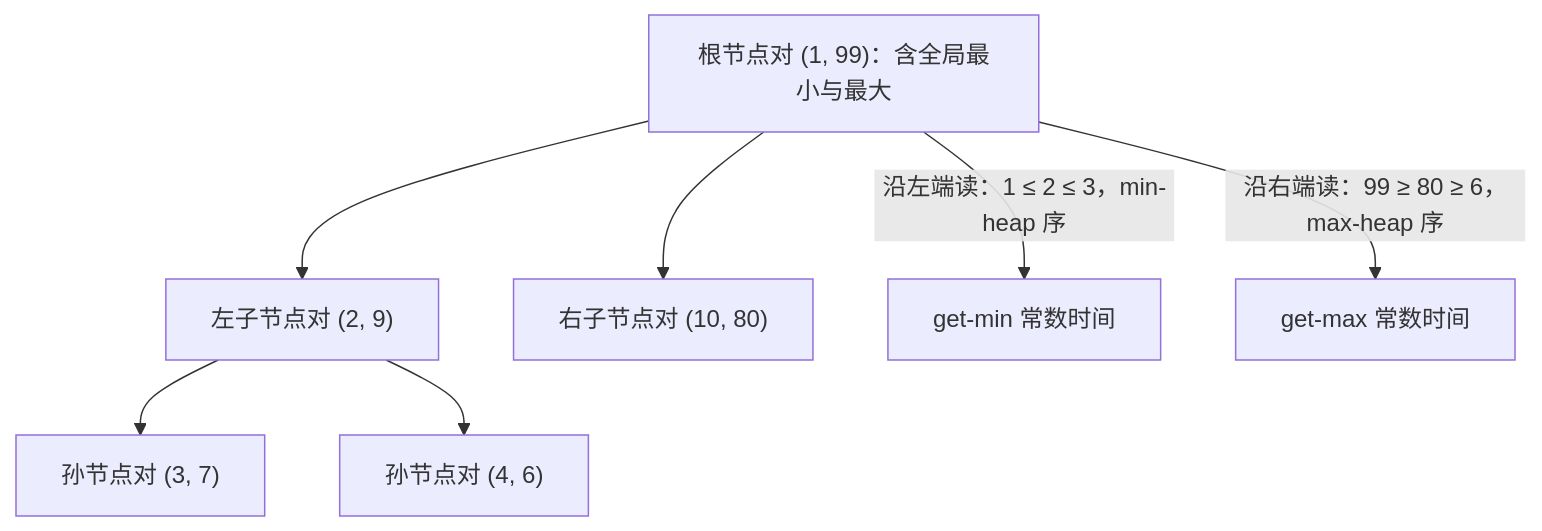
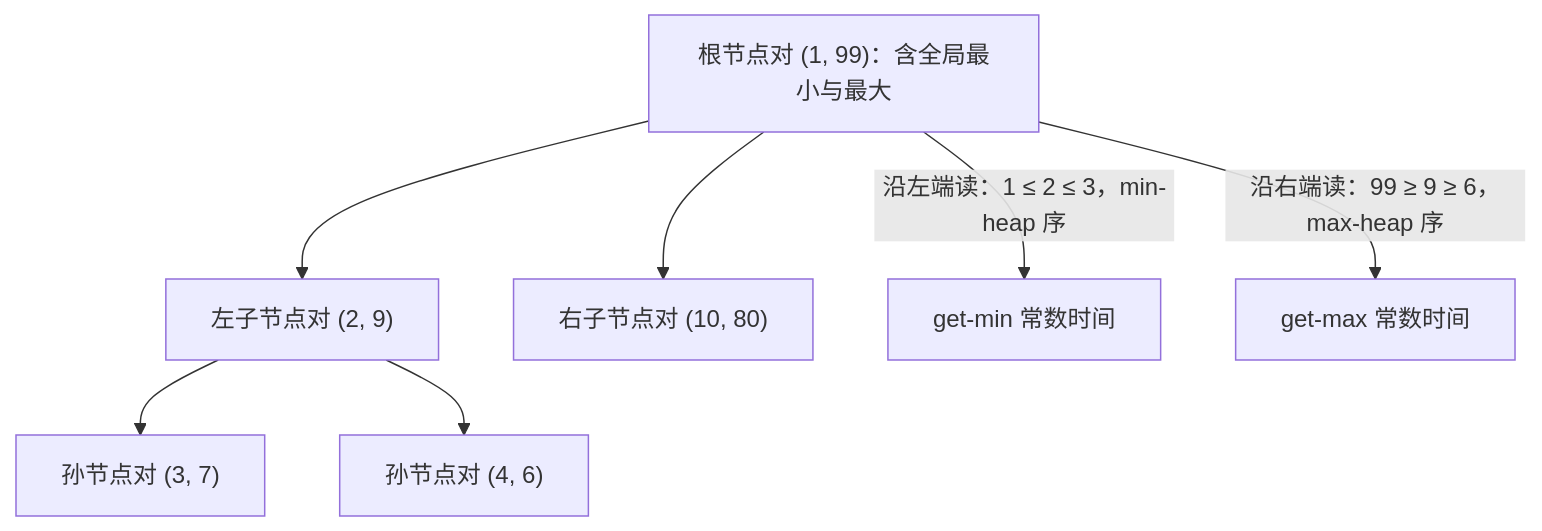
One commit to xhongduo-tech/xhongduo-tech.github.io changed the second of 2 diagrams in docs/cs/double-ended-pq.md. Above: the diagram before and after it, drawn with Mermaid. The commit also changed 4 other files, not shown here.

````diff
--- a/docs/cs/double-ended-pq.md
+++ b/docs/cs/double-ended-pq.md
@@ -39,9 +39,9 @@
 ```mermaid
 flowchart TD
   R["根节点对 (1, 99)：含全局最小与最大"] --> L["左子节点对 (2, 9)"]
   R --> RR["右子节点对 (10, 80)"]
   L --> LL["孙节点对 (3, 7)"]
   L --> LR["孙节点对 (4, 6)"]
   R -->|"沿左端读：1 ≤ 2 ≤ 3，min-heap 序"| MIN["get-min 常数时间"]
-  R -->|"沿右端读：99 ≥ 80 ≥ 6，max-heap 序"| MAX["get-max 常数时间"]
+  R -->|"沿右端读：99 ≥ 9 ≥ 6，max-heap 序"| MAX["get-max 常数时间"]
 ```
````
